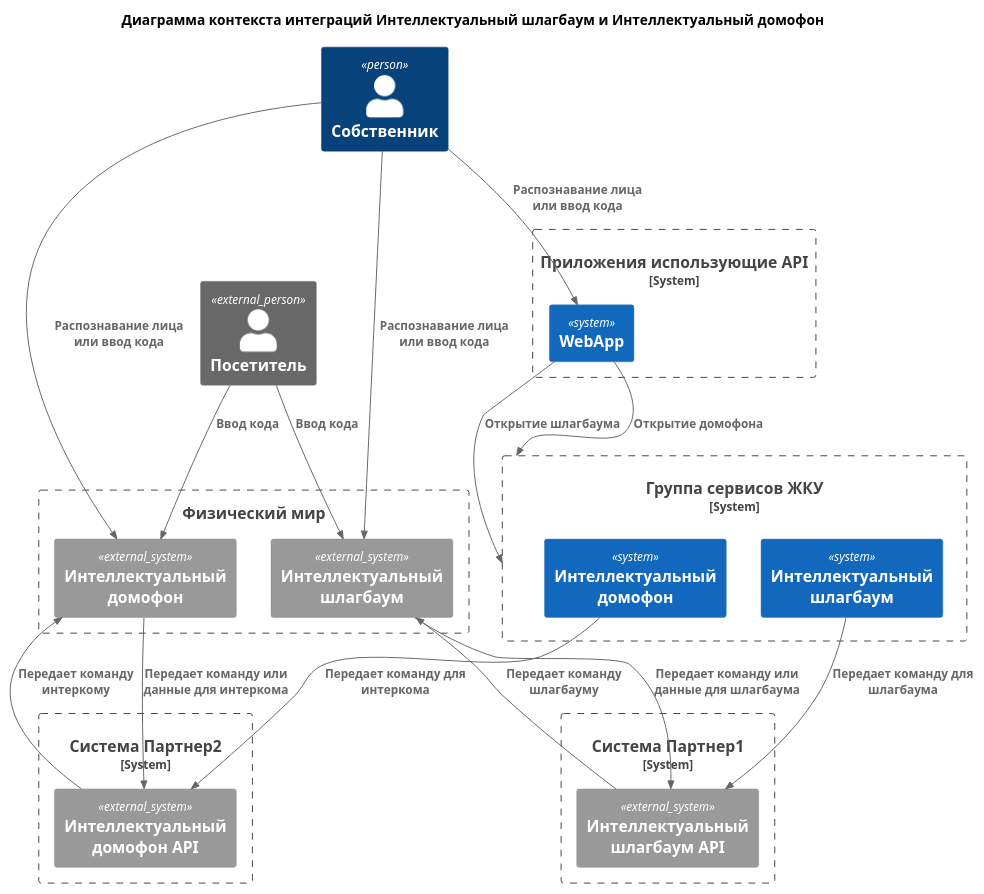
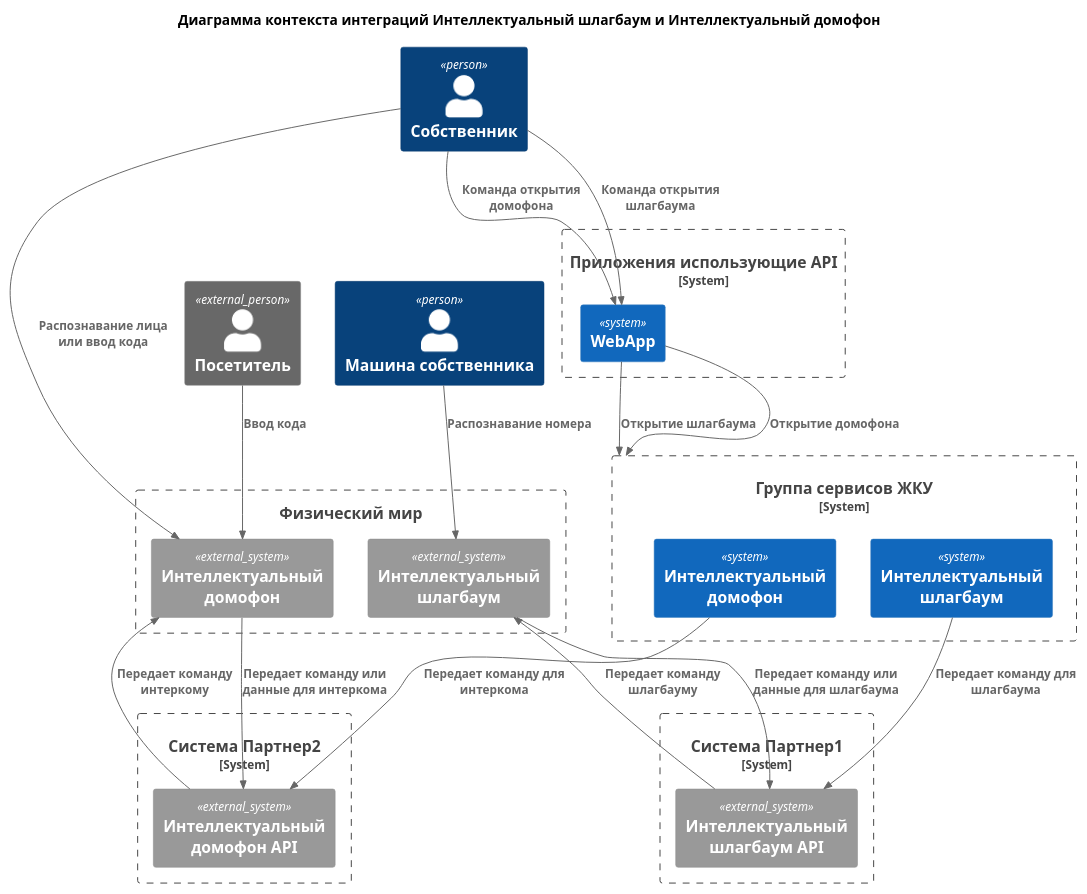
Before and after one commit to bezdelnique/architecture-propdevelopment: the diagram in Task3/To Be Context.puml, drawn with PlantUML. The commit also changed 1 other file, not shown here.

```diff
--- a/Task3/To Be Context.puml
+++ b/Task3/To Be Context.puml
@@ -1,60 +1,61 @@
 @startuml
 title "Диаграмма контекста интеграций Интеллектуальный шлагбаум и Интеллектуальный домофон"
 
 top to bottom direction
 
 !include https://raw.githubusercontent.com/plantuml-stdlib/C4-PlantUML/master/C4_Container.puml
 
 
 Person(Owner, "Собственник")
+Person(OwnerCar, "Машина собственника")
 Person_Ext(Visitor, "Посетитель")
 
 System_Boundary(PropDevelopmentApp, "Приложения использующие API") {
     System(WebApp, "WebApp")
 }
 
 Boundary(PhysicalWorld, "Физический мир") {
     System_Ext(BarrierDevice, "Интеллектуальный шлагбаум")
     System_Ext(IntercomDevice, "Интеллектуальный домофон")
 }
 
 System_Boundary(PropDevelopmentApi, "Группа сервисов ЖКУ") {
     System(BarrierApi, "Интеллектуальный шлагбаум")
     System(IntercomApi, "Интеллектуальный домофон")
 }
 
 System_Boundary(Partner1, "Система Партнер1") {
     System_Ext(PartnerBarrierApi, "Интеллектуальный шлагбаум API")
 }
 
 System_Boundary(Partner2, "Система Партнер2") {
     System_Ext(PartnerIntercomApi, "Интеллектуальный домофон API")
 }
 
 
 ' ------------------------------------------
 
-Rel(Owner, WebApp, "Распознавание лица или ввод кода")
+Rel(Owner, WebApp, "Команда открытия домофона")
+Rel(Owner, WebApp, "Команда открытия шлагбаума")
 Rel(WebApp, PropDevelopmentApi, "Открытие шлагбаума")
 Rel(WebApp, PropDevelopmentApi, "Открытие домофона")
 
 
 ' Intercom
 Rel(Owner, IntercomDevice, "Распознавание лица или ввод кода")
 Rel(Visitor, IntercomDevice, "Ввод кода")
 
 Rel(IntercomDevice, PartnerIntercomApi, "Передает команду или данные для интеркома")
 Rel(IntercomApi, PartnerIntercomApi, "Передает команду для интеркома")
 Rel(PartnerIntercomApi, IntercomDevice, "Передает команду интеркому")
 
 
 ' Barrier
-Rel(Owner, BarrierDevice, "Распознавание лица или ввод кода")
-Rel(Visitor, BarrierDevice, "Ввод кода")
+Rel(OwnerCar, BarrierDevice, "Распознавание номера")
 
 Rel(BarrierDevice, PartnerBarrierApi, "Передает команду или данные для шлагбаума")
 Rel(BarrierApi, PartnerBarrierApi, "Передает команду для шлагбаума")
 Rel(PartnerBarrierApi, BarrierDevice, "Передает команду шлагбауму")
 
 
 @enduml
```
